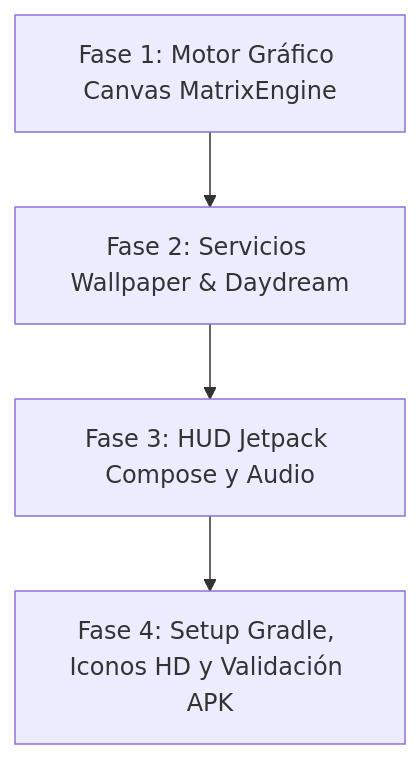
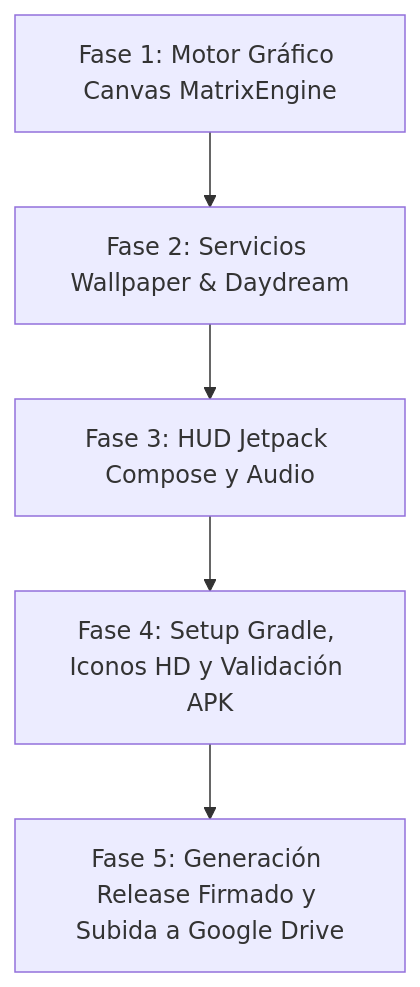
Before and after one commit to Duke33-Devops/matrix-code-rain-android: the diagram in PLAN_DE_TRABAJO.md, drawn with Mermaid. The commit also changed other lines of this file and 2 other files, not shown here.

Commit message:
feat: Add release signing and update documentation for Google Drive APK upload

````diff
--- a/PLAN_DE_TRABAJO.md
+++ b/PLAN_DE_TRABAJO.md
@@ -34,6 +36,7 @@
 ```mermaid
 graph TD
     A[Fase 1: Motor Gráfico Canvas MatrixEngine] --> B[Fase 2: Servicios Wallpaper & Daydream]
     B --> C[Fase 3: HUD Jetpack Compose y Audio]
     C --> D[Fase 4: Setup Gradle, Iconos HD y Validación APK]
+    D --> E[Fase 5: Generación Release Firmado y Subida a Google Drive]
 ```
````
